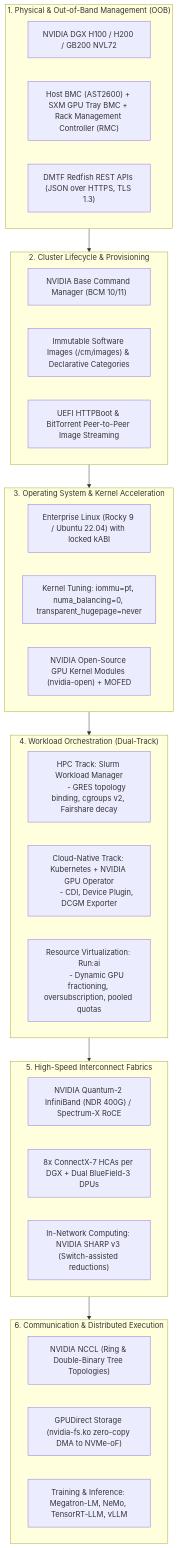
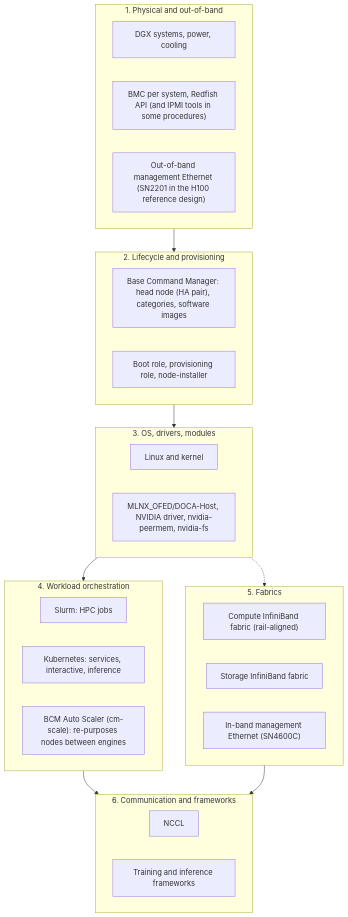
One commit to jithinpnjm/nvidia-devops changed the diagram in docs/volume-10/00c-slurm-bcm-interview-lab.md. Above: the diagram before and after it, drawn with Mermaid. The commit also changed other lines of this file and 12 other files, not shown here.

````diff
--- a/docs/volume-10/00c-slurm-bcm-interview-lab.md
+++ b/docs/volume-10/00c-slurm-bcm-interview-lab.md
@@ -19,47 +19,39 @@
 ```mermaid
 flowchart TD
-    subgraph Layer1["1. Physical & Out-of-Band Management (OOB)"]
-        HW["NVIDIA DGX H100 / H200 / GB200 NVL72"]
-        BMC["Host BMC (AST2600) + SXM GPU Tray BMC + Rack Management Controller (RMC)"]
-        REDFISH["DMTF Redfish REST APIs (JSON over HTTPS, TLS 1.3)"]
+    subgraph L1["1. Physical and out-of-band"]
+        HW["DGX systems, power, cooling"]
+        BMC["BMC per system, Redfish API (and IPMI tools in some procedures)"]
+        OOB["Out-of-band management Ethernet (SN2201 in the H100 reference design)"]
     end
 
-    subgraph Layer2["2. Cluster Lifecycle & Provisioning"]
-        BCM["NVIDIA Base Command Manager (BCM 10/11)"]
-        IMAGES["Immutable Software Images (/cm/images) & Declarative Categories"]
-        PROV["UEFI HTTPBoot & BitTorrent Peer-to-Peer Image Streaming"]
+    subgraph L2["2. Lifecycle and provisioning"]
+        BCM["Base Command Manager: head node (HA pair), categories, software images"]
+        PROV["Boot role, provisioning role, node-installer"]
     end
 
-    subgraph Layer3["3. Operating System & Kernel Acceleration"]
-        LINUX["Enterprise Linux (Rocky 9 / Ubuntu 22.04) with locked kABI"]
-        KERNEL["Kernel Tuning: iommu=pt, numa_balancing=0, transparent_hugepage=never"]
-        DRV["NVIDIA Open-Source GPU Kernel Modules (nvidia-open) + MOFED"]
+    subgraph L3["3. OS, drivers, modules"]
+        OS["Linux and kernel"]
+        STACK["MLNX_OFED/DOCA-Host, NVIDIA driver, nvidia-peermem, nvidia-fs"]
     end
 
-    subgraph Layer4["4. Workload Orchestration (Dual-Track)"]
-        SLURM["HPC Track: Slurm Workload Manager
-        - GRES topology binding, cgroups v2, Fairshare decay"]
-        K8S["Cloud-Native Track: Kubernetes + NVIDIA GPU Operator
-        - CDI, Device Plugin, DCGM Exporter"]
-        RUNAI["Resource Virtualization: Run:ai
-        - Dynamic GPU fractioning, oversubscription, pooled quotas"]
+    subgraph L4["4. Workload orchestration"]
+        SLURM["Slurm: HPC jobs"]
+        K8S["Kubernetes: services, interactive, inference"]
+        SCALE["BCM Auto Scaler (cm-scale): re-purposes nodes between engines"]
     end
 
-    subgraph Layer5["5. High-Speed Interconnect Fabrics"]
-        IB["NVIDIA Quantum-2 InfiniBand (NDR 400G) / Spectrum-X RoCE"]
-        CX7["8x ConnectX-7 HCAs per DGX + Dual BlueField-3 DPUs"]
-        SHARP["In-Network Computing: NVIDIA SHARP v3 (Switch-assisted reductions)"]
+    subgraph L5["5. Fabrics"]
+        COMP["Compute InfiniBand fabric (rail-aligned)"]
+        STOR["Storage InfiniBand fabric"]
+        INB["In-band management Ethernet (SN4600C)"]
     end
 
-    subgraph Layer6["6. Communication & Distributed Execution"]
-        NCCL["NVIDIA NCCL (Ring & Double-Binary Tree Topologies)"]
-        GDS["GPUDirect Storage (nvidia-fs.ko zero-copy DMA to NVMe-oF)"]
-        FRAMEWORKS["Training & Inference: Megatron-LM, NeMo, TensorRT-LLM, vLLM"]
+    subgraph L6["6. Communication and frameworks"]
+        NCCL["NCCL"]
+        FW["Training and inference frameworks"]
     end
 
-    Layer1 --> Layer2
-    Layer2 --> Layer3
-    Layer3 --> Layer4
-    Layer4 --> Layer5
-    Layer5 --> Layer6
+    L1 --> L2 --> L3 --> L4 --> L6
+    L5 --> L6
+    L3 -.-> L5
 ```
````
